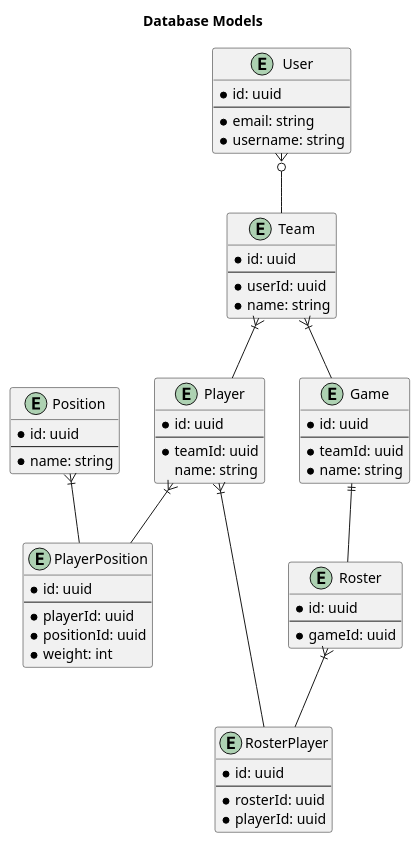
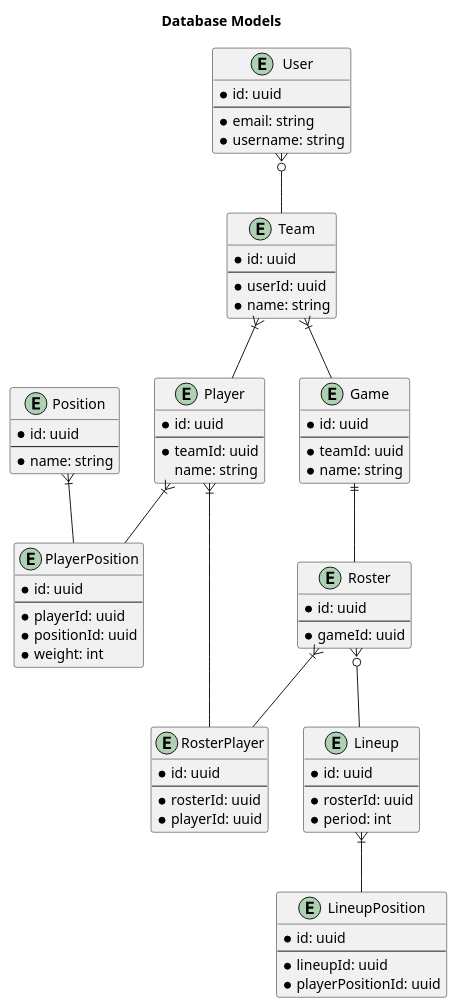
One commit to adhurjaty/roster-creator changed the diagram in docs/db.puml. Above: the diagram before and after it, drawn with PlantUML. The commit also changed 26 other files, not shown here.

```diff
--- a/docs/db.puml
+++ b/docs/db.puml
@@ -1,69 +1,85 @@
 @startuml db
 
 title Database Models
 
 entity Position {
   *id: uuid
   ---
   *name: string
 }
 
 entity User {
   *id: uuid
   ---
   *email: string
   *username: string
 }
 
 entity Team {
   *id: uuid
   ---
   *userId: uuid
   *name: string
 }
 
 entity Player {
   *id: uuid
   ---
   *teamId: uuid
   name: string
 }
 
 entity PlayerPosition {
   *id: uuid
   ---
   *playerId: uuid
   *positionId: uuid
   *weight: int
 }
 
 entity Game {
   *id: uuid
   ---
   *teamId: uuid
   *name: string
 }
 
 entity Roster {
   *id: uuid
   ---
   *gameId: uuid
 }
 
 entity RosterPlayer {
   *id: uuid
   ---
   *rosterId: uuid
   *playerId: uuid
 }
 
+entity Lineup {
+  *id: uuid
+  ---
+  *rosterId: uuid
+  *period: int
+}
+
+entity LineupPosition {
+  *id: uuid
+  ---
+  *lineupId: uuid
+  *playerPositionId: uuid
+}
+
 User }o-- Team
 Team }|-- Game
 Team }|-- Player
 Game ||-- Roster
 Roster }|-- RosterPlayer
 Player }|-- RosterPlayer
 Position }|-- PlayerPosition
 Player }|-- PlayerPosition
+Roster }o-- Lineup
+Lineup }|-- LineupPosition
 
 @enduml
```
